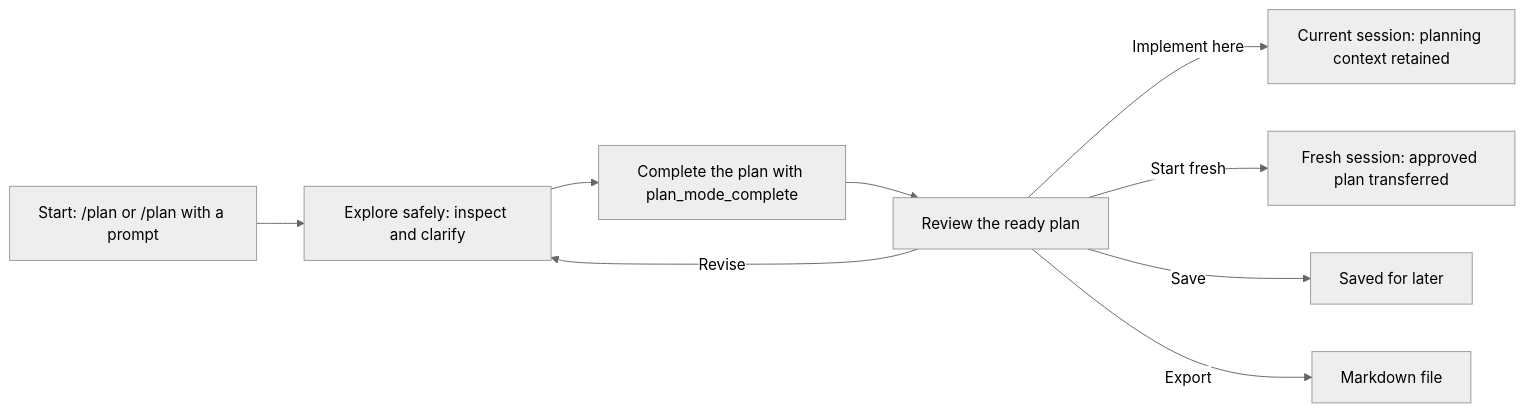
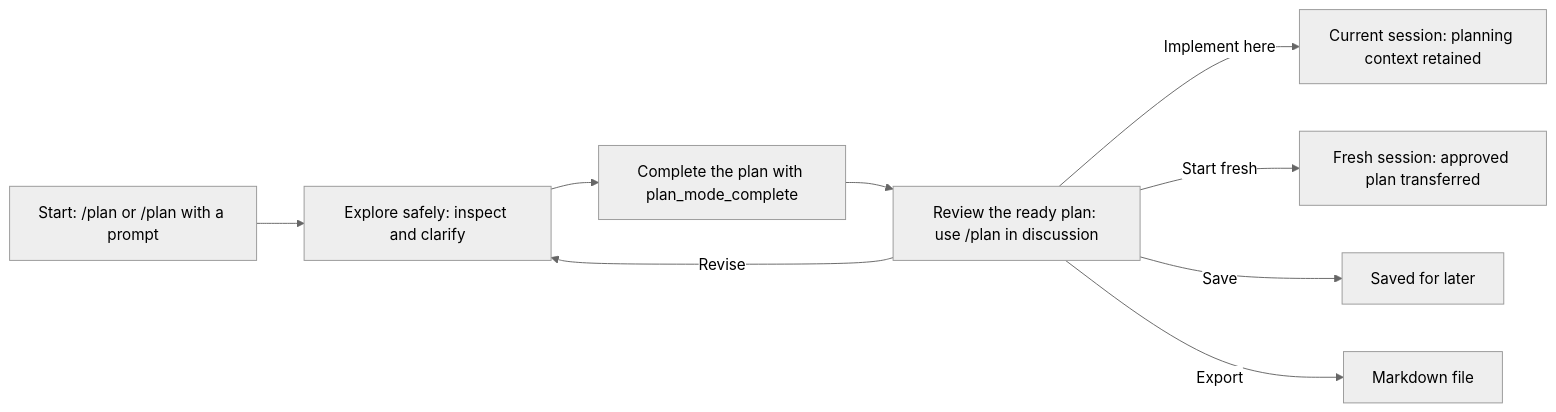
Before and after one commit to narumiruna/pi-extensions: the first of 2 diagrams in packages/pi-plan-mode/README.md, drawn with Mermaid (neutral theme). The commit also changed other lines of this file and 29 other files, not shown here.

Commit message:
feat(plan-mode): add switchable free discussion

````diff
--- a/packages/pi-plan-mode/README.md
+++ b/packages/pi-plan-mode/README.md
@@ -53,12 +54,12 @@
 ```mermaid
 flowchart LR
     start["Start: /plan or /plan with a prompt"]
     start --> explore["Explore safely: inspect and clarify"]
     explore --> complete["Complete the plan with plan_mode_complete"]
-    complete --> review["Review the ready plan"]
+    complete --> review["Review the ready plan: use /plan in discussion"]
     review -->|Revise| explore
     review -->|Implement here| current["Current session: planning context retained"]
     review -->|Start fresh| fresh["Fresh session: approved plan transferred"]
     review -->|Save| saved["Saved for later"]
     review -->|Export| exported["Markdown file"]
 ```
````
